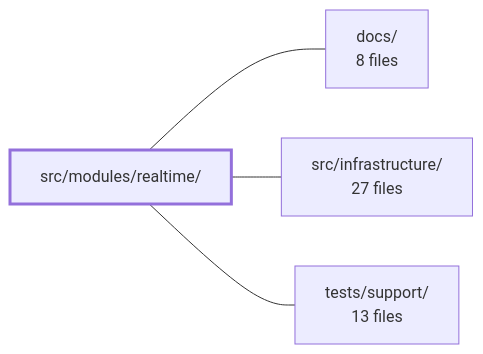
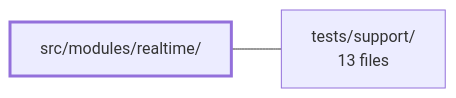
One commit to Guebbit/boilerplate-vue-frontend changed the diagram in .2repo/modules/boilerplate-vue-frontend_src_modules_realtime.md. Above: the diagram before and after it, drawn with Mermaid. The commit also changed other lines of this file and 335 other files, not shown here.

````diff
--- a/.2repo/modules/boilerplate-vue-frontend_src_modules_realtime.md
+++ b/.2repo/modules/boilerplate-vue-frontend_src_modules_realtime.md
@@ -38,11 +35,7 @@
 ```mermaid
 flowchart LR
     m_src_modules_realtime["src/modules/realtime/"]
-    m_docs["docs/<br/>8 files"]
-    m_src_infrastructure["src/infrastructure/<br/>27 files"]
     m_tests_support["tests/support/<br/>13 files"]
-    m_src_modules_realtime --- m_docs
-    m_src_modules_realtime --- m_src_infrastructure
     m_src_modules_realtime --- m_tests_support
     style m_src_modules_realtime stroke-width:3px
 ```
````
